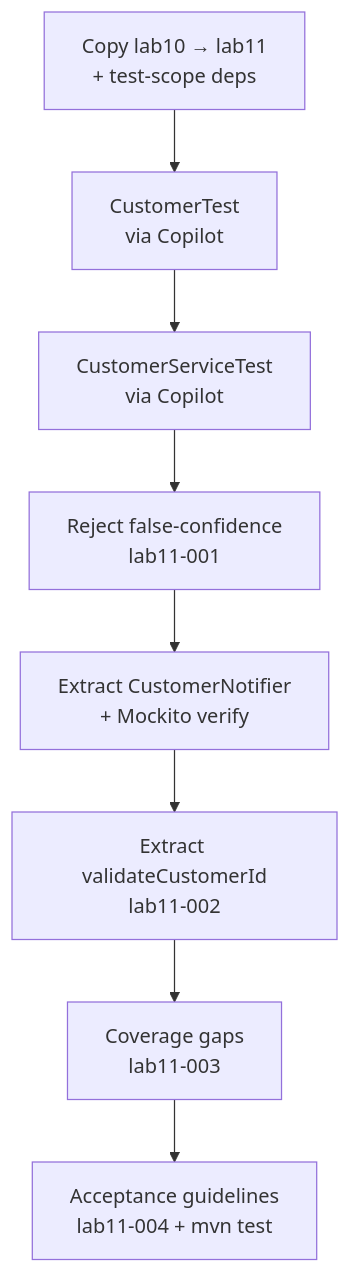
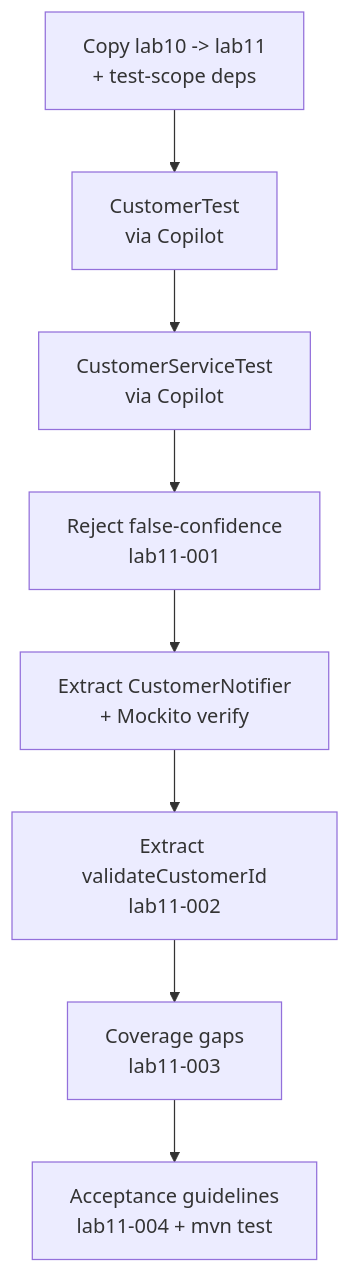
The second of 2 diagrams in labs/Week 2 - Backend, AI Tools and Testing/module-11/lab11/LAB-11-GUIDE.md (pupilliluke/bc-sw-engineer-java-participant), drawn with Mermaid before and after one commit. The commit also changed 55 other files, not shown here.

Commit message:
Stop publishing local screenshots; harden Mermaid for GitHub; sync only tracked lab files.

````diff
--- a/labs/Week 2 - Backend, AI Tools and Testing/module-11/lab11/LAB-11-GUIDE.md
+++ b/labs/Week 2 - Backend, AI Tools and Testing/module-11/lab11/LAB-11-GUIDE.md
@@ -93,10 +93,10 @@
 ```mermaid
 flowchart TD
-    A["Copy lab10 → lab11<br/>+ test-scope deps"] --> B["CustomerTest<br/>via Copilot"]
+    A["Copy lab10 -> lab11<br/>+ test-scope deps"] --> B["CustomerTest<br/>via Copilot"]
     B --> C["CustomerServiceTest<br/>via Copilot"]
     C --> D["Reject false-confidence<br/>lab11-001"]
     D --> E["Extract CustomerNotifier<br/>+ Mockito verify"]
     E --> F["Extract validateCustomerId<br/>lab11-002"]
     F --> G["Coverage gaps<br/>lab11-003"]
     G --> H["Acceptance guidelines<br/>lab11-004 + mvn test"]
 ```
````
